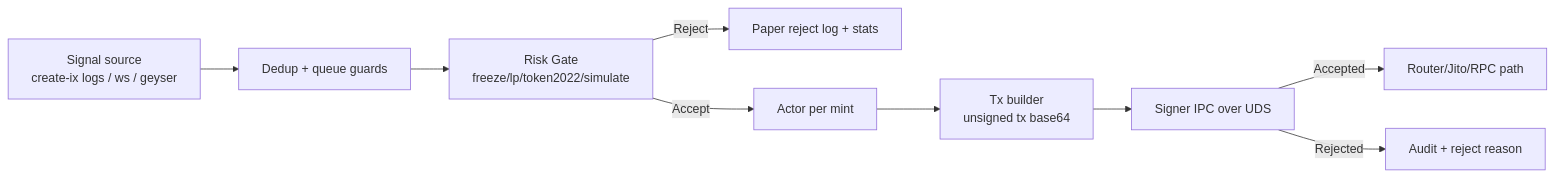
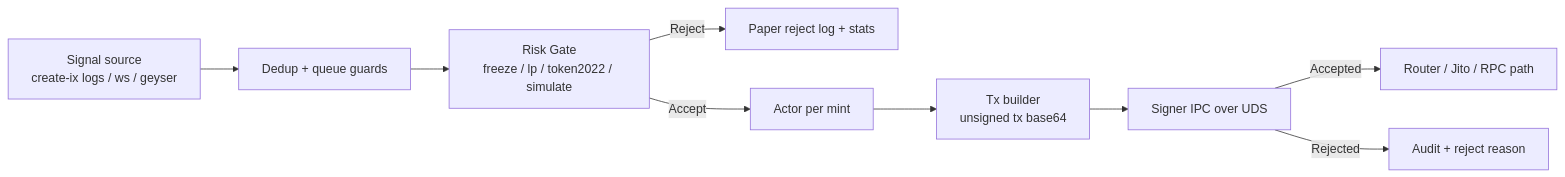
One commit to a37ra/Tachyon-solana-sniper-bot changed the diagram in README.md. Above: the diagram before and after it, drawn with Mermaid. The commit also changed other lines of this file, not shown here.

````diff
--- a/README.md
+++ b/README.md
@@ -58,11 +117,11 @@
 ```mermaid
 flowchart LR
-    A[Signal source\ncreate-ix logs / ws / geyser] --> B[Dedup + queue guards]
-    B --> C[Risk Gate\nfreeze/lp/token2022/simulate]
-    C -->|Reject| D[Paper reject log + stats]
-    C -->|Accept| E[Actor per mint]
-    E --> F[Tx builder\nunsigned tx base64]
-    F --> G[Signer IPC over UDS]
-    G -->|Accepted| H[Router/Jito/RPC path]
-    G -->|Rejected| I[Audit + reject reason]
+    A["Signal source<br/>create-ix logs / ws / geyser"] --> B["Dedup + queue guards"]
+    B --> C["Risk Gate<br/>freeze / lp / token2022 / simulate"]
+    C -->|Reject| D["Paper reject log + stats"]
+    C -->|Accept| E["Actor per mint"]
+    E --> F["Tx builder<br/>unsigned tx base64"]
+    F --> G["Signer IPC over UDS"]
+    G -->|Accepted| H["Router / Jito / RPC path"]
+    G -->|Rejected| I["Audit + reject reason"]
 ```
````
